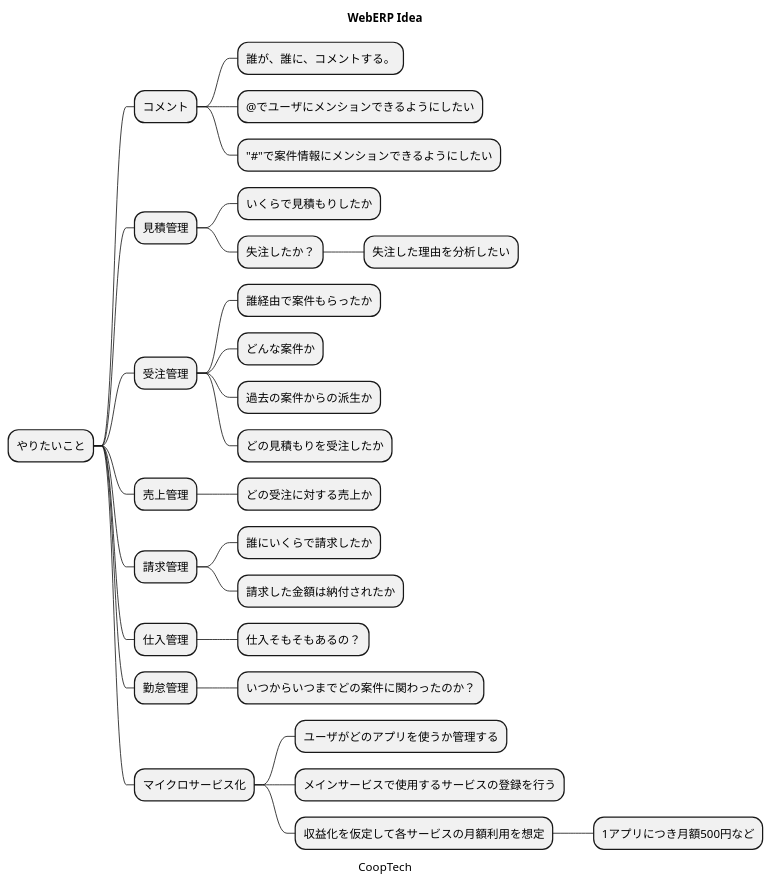
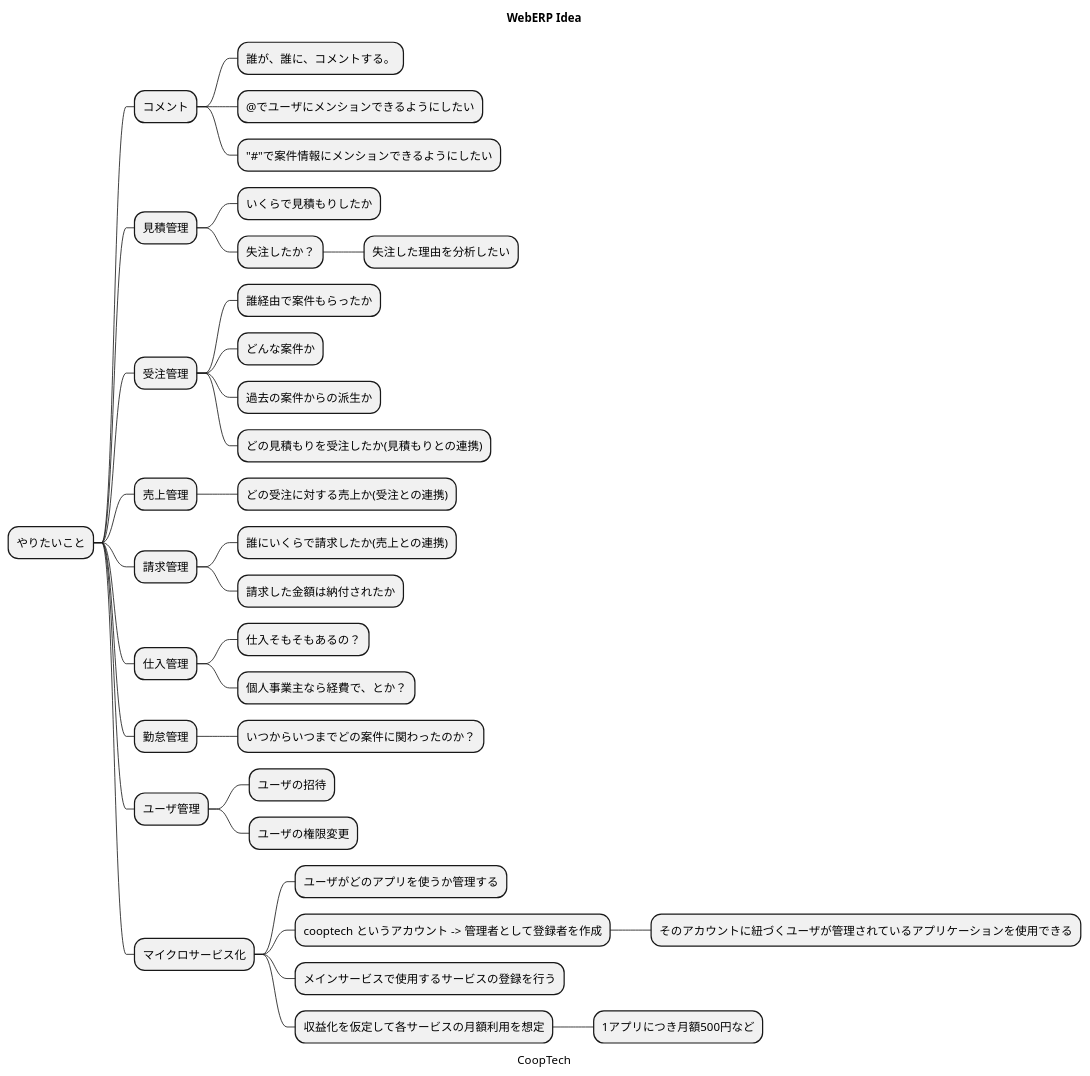
The diagram in docs/MindMap.puml (CoopTechOrg/WebERP), drawn with PlantUML before and after one commit. The commit also changed 1 other file, not shown here.

```diff
--- a/docs/MindMap.puml
+++ b/docs/MindMap.puml
@@ -1,43 +1,50 @@
 @startmindmap
 'https://plantuml.com/mindmap-diagram
 
 caption CoopTech
 title WebERP Idea
 
 * やりたいこと
 ** コメント
 *** 誰が、誰に、コメントする。
 *** @でユーザにメンションできるようにしたい
 *** "#"で案件情報にメンションできるようにしたい
 
 ** 見積管理
 *** いくらで見積もりしたか
 *** 失注したか？
 **** 失注した理由を分析したい
 
 ** 受注管理
 *** 誰経由で案件もらったか
 *** どんな案件か
 *** 過去の案件からの派生か
-*** どの見積もりを受注したか
+*** どの見積もりを受注したか(見積もりとの連携)
 
 ** 売上管理
-*** どの受注に対する売上か
+*** どの受注に対する売上か(受注との連携)
 
 ** 請求管理
-*** 誰にいくらで請求したか
+*** 誰にいくらで請求したか(売上との連携)
 *** 請求した金額は納付されたか
 
 ** 仕入管理
 *** 仕入そもそもあるの？
+*** 個人事業主なら経費で、とか？
 
 ** 勤怠管理
 *** いつからいつまでどの案件に関わったのか？
 
+** ユーザ管理
+*** ユーザの招待
+*** ユーザの権限変更
+
 ** マイクロサービス化
 *** ユーザがどのアプリを使うか管理する
+*** cooptech というアカウント -> 管理者として登録者を作成
+**** そのアカウントに紐づくユーザが管理されているアプリケーションを使用できる
 *** メインサービスで使用するサービスの登録を行う
 *** 収益化を仮定して各サービスの月額利用を想定
 **** 1アプリにつき月額500円など
 
 @endmindmap
```
